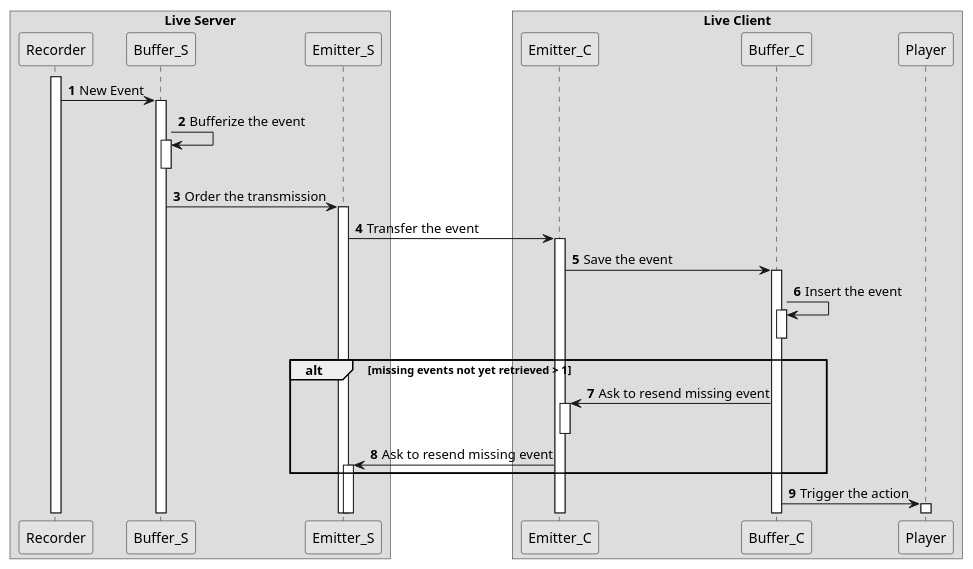
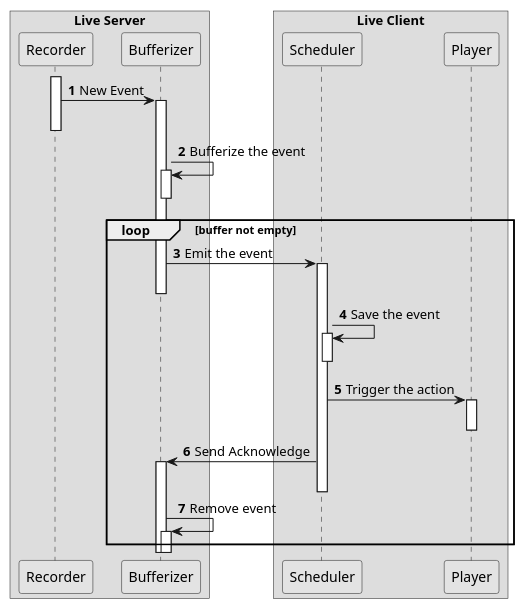
One commit to SSMM0498/arkad-conception changed the diagram in models/5.Sequence/LiveServer/2.0.emitNewEvent.puml. Above: the diagram before and after it, drawn with PlantUML. The commit also changed 5 other files, not shown here.

Commit message:
update live server subscription dseq update live server emit new event dseq add liver server unsubscription dseq add live server dcomp

```diff
--- a/models/5.Sequence/LiveServer/2.0.emitNewEvent.puml
+++ b/models/5.Sequence/LiveServer/2.0.emitNewEvent.puml
@@ -1,37 +1,35 @@
 @startuml "transfer event sequence diagram"
 skinparam shadowing false
 skinparam monochrome true
 skinparam ParticipantPadding 5
 skinparam BoxPadding 5
 autoactivate on
 autonumber
 activate Recorder
 
 box "Live Server"
     participant Recorder
-    participant Buffer_S
-    participant Emitter_S
+    participant Bufferizer
 end box
 
 box "Live Client"
-    participant Emitter_C
-    participant Buffer_C
+    participant Scheduler
     participant Player
 end box
-
-Recorder ->  Buffer_S : New Event
-Buffer_S ->  Buffer_S : Bufferize the event
-deactivate Buffer_S
-Buffer_S -> Emitter_S : Order the transmission
-Emitter_S -> Emitter_C : Transfer the event
-Emitter_C -> Buffer_C : Save the event
-Buffer_C ->  Buffer_C : Insert the event
-deactivate Buffer_C
-alt missing events not yet retrieved > 1
-    Buffer_C ->  Emitter_C : Ask to resend missing event
-    deactivate Emitter_C
-    Emitter_C -> Emitter_S : Ask to resend missing event
+Recorder ->  Bufferizer : New Event
+deactivate Recorder
+Bufferizer ->  Bufferizer : Bufferize the event 
+deactivate Bufferizer
+loop buffer not empty
+    Bufferizer -> Scheduler : Emit the event
+    deactivate Bufferizer
+    Scheduler -> Scheduler : Save the event
+    deactivate Scheduler
+    Scheduler -> Player : Trigger the action
+    deactivate Player
+    Scheduler -> Bufferizer : Send Acknowledge
+    deactivate Scheduler
+    Bufferizer ->  Bufferizer : Remove event
 end
-Buffer_C -> Player : Trigger the action
 
 @enduml
```
